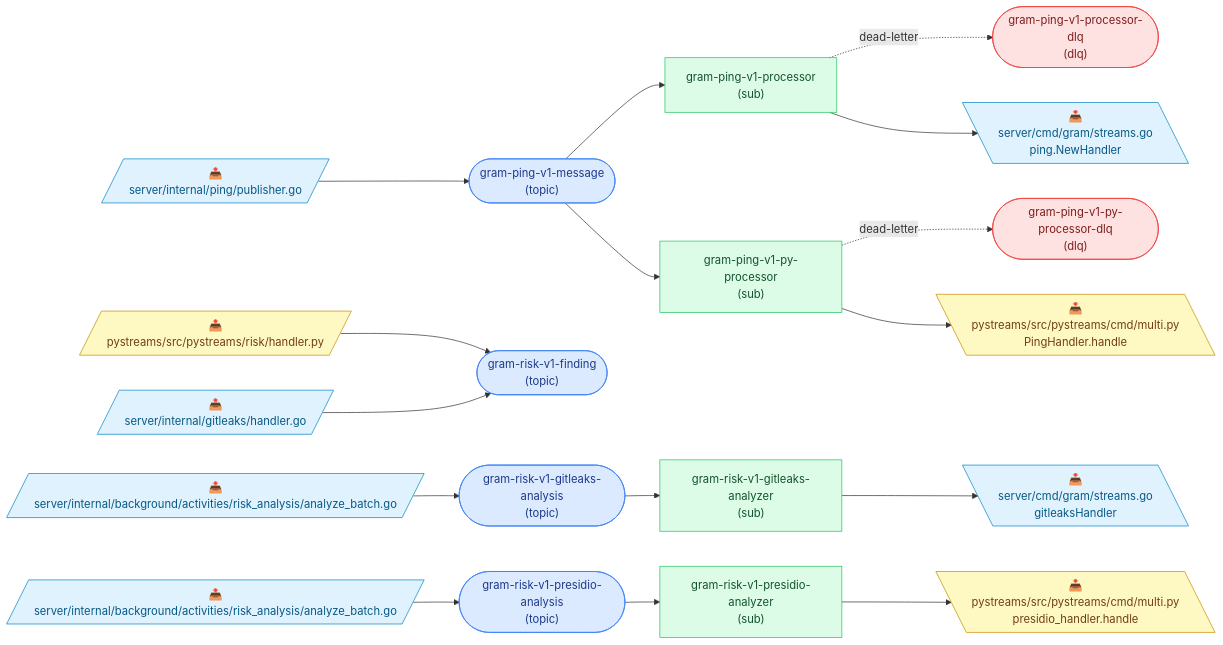
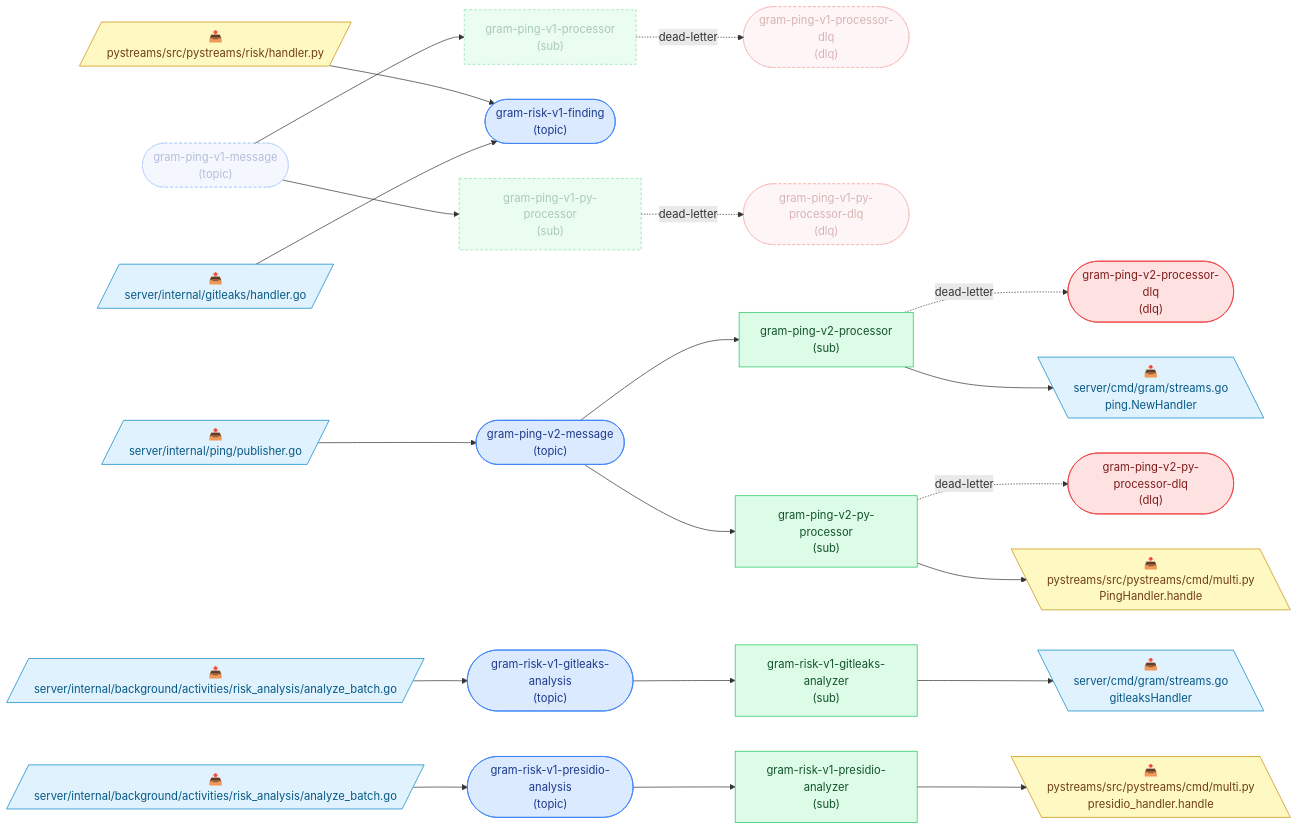
Before and after one commit to speakeasy-api/gram: the diagram in docs/pubsub-topology.md, drawn with Mermaid. The commit also changed other lines of this file and 37 other files, not shown here.

````diff
--- a/docs/pubsub-topology.md
+++ b/docs/pubsub-topology.md
@@ -9,45 +9,56 @@
 ```mermaid
 flowchart LR
   classDef topic fill:#dbeafe,stroke:#3b82f6,color:#1e3a8a;
   classDef dlq fill:#fee2e2,stroke:#ef4444,color:#7f1d1d;
   classDef sub fill:#dcfce7,stroke:#22c55e,color:#14532d;
   classDef go fill:#e0f2fe,stroke:#0284c7,color:#075985;
   classDef python fill:#fef9c3,stroke:#ca8a04,color:#713f12;
   classDef deprecated stroke-dasharray:4 3,opacity:0.55;
 
   t_gram_ping_v1_message(["gram-ping-v1-message<br/>(topic)"]):::topic
   t_gram_ping_v1_processor_dlq(["gram-ping-v1-processor-dlq<br/>(dlq)"]):::dlq
   t_gram_ping_v1_py_processor_dlq(["gram-ping-v1-py-processor-dlq<br/>(dlq)"]):::dlq
+  t_gram_ping_v2_message(["gram-ping-v2-message<br/>(topic)"]):::topic
+  t_gram_ping_v2_processor_dlq(["gram-ping-v2-processor-dlq<br/>(dlq)"]):::dlq
+  t_gram_ping_v2_py_processor_dlq(["gram-ping-v2-py-processor-dlq<br/>(dlq)"]):::dlq
   t_gram_risk_v1_finding(["gram-risk-v1-finding<br/>(topic)"]):::topic
   t_gram_risk_v1_gitleaks_analysis(["gram-risk-v1-gitleaks-analysis<br/>(topic)"]):::topic
   t_gram_risk_v1_presidio_analysis(["gram-risk-v1-presidio-analysis<br/>(topic)"]):::topic
   s_gram_ping_v1_processor["gram-ping-v1-processor<br/>(sub)"]:::sub
   s_gram_ping_v1_py_processor["gram-ping-v1-py-processor<br/>(sub)"]:::sub
+  s_gram_ping_v2_processor["gram-ping-v2-processor<br/>(sub)"]:::sub
+  s_gram_ping_v2_py_processor["gram-ping-v2-py-processor<br/>(sub)"]:::sub
   s_gram_risk_v1_gitleaks_analyzer["gram-risk-v1-gitleaks-analyzer<br/>(sub)"]:::sub
   s_gram_risk_v1_presidio_analyzer["gram-risk-v1-presidio-analyzer<br/>(sub)"]:::sub
 
   p0[/"📤<br/>server/internal/ping/publisher.go"/]:::go
-  p0 --> t_gram_ping_v1_message
+  p0 --> t_gram_ping_v2_message
   p1[/"📤<br/>pystreams/src/pystreams/risk/handler.py"/]:::python
   p1 --> t_gram_risk_v1_finding
   p2[/"📤<br/>server/internal/gitleaks/handler.go"/]:::go
   p2 --> t_gram_risk_v1_finding
   p3[/"📤<br/>server/internal/background/activities/risk_analysis/analyze_batch.go"/]:::go
   p3 --> t_gram_risk_v1_gitleaks_analysis
   p4[/"📤<br/>server/internal/background/activities/risk_analysis/analyze_batch.go"/]:::go
   p4 --> t_gram_risk_v1_presidio_analysis
   t_gram_ping_v1_message --> s_gram_ping_v1_processor
   s_gram_ping_v1_processor -. dead-letter .-> t_gram_ping_v1_processor_dlq
   t_gram_ping_v1_message --> s_gram_ping_v1_py_processor
   s_gram_ping_v1_py_processor -. dead-letter .-> t_gram_ping_v1_py_processor_dlq
+  t_gram_ping_v2_message --> s_gram_ping_v2_processor
+  s_gram_ping_v2_processor -. dead-letter .-> t_gram_ping_v2_processor_dlq
+  t_gram_ping_v2_message --> s_gram_ping_v2_py_processor
+  s_gram_ping_v2_py_processor -. dead-letter .-> t_gram_ping_v2_py_processor_dlq
   t_gram_risk_v1_gitleaks_analysis --> s_gram_risk_v1_gitleaks_analyzer
   t_gram_risk_v1_presidio_analysis --> s_gram_risk_v1_presidio_analyzer
   c5[\"📥<br/>server/cmd/gram/streams.go<br/>ping.NewHandler"\]:::go
-  s_gram_ping_v1_processor --> c5
+  s_gram_ping_v2_processor --> c5
   c6[\"📥<br/>pystreams/src/pystreams/cmd/multi.py<br/>PingHandler.handle"\]:::python
-  s_gram_ping_v1_py_processor --> c6
+  s_gram_ping_v2_py_processor --> c6
   c7[\"📥<br/>server/cmd/gram/streams.go<br/>gitleaksHandler"\]:::go
   s_gram_risk_v1_gitleaks_analyzer --> c7
   c8[\"📥<br/>pystreams/src/pystreams/cmd/multi.py<br/>presidio_handler.handle"\]:::python
   s_gram_risk_v1_presidio_analyzer --> c8
+
+  class t_gram_ping_v1_message,t_gram_ping_v1_processor_dlq,t_gram_ping_v1_py_processor_dlq,s_gram_ping_v1_processor,s_gram_ping_v1_py_processor deprecated;
 ```
````
